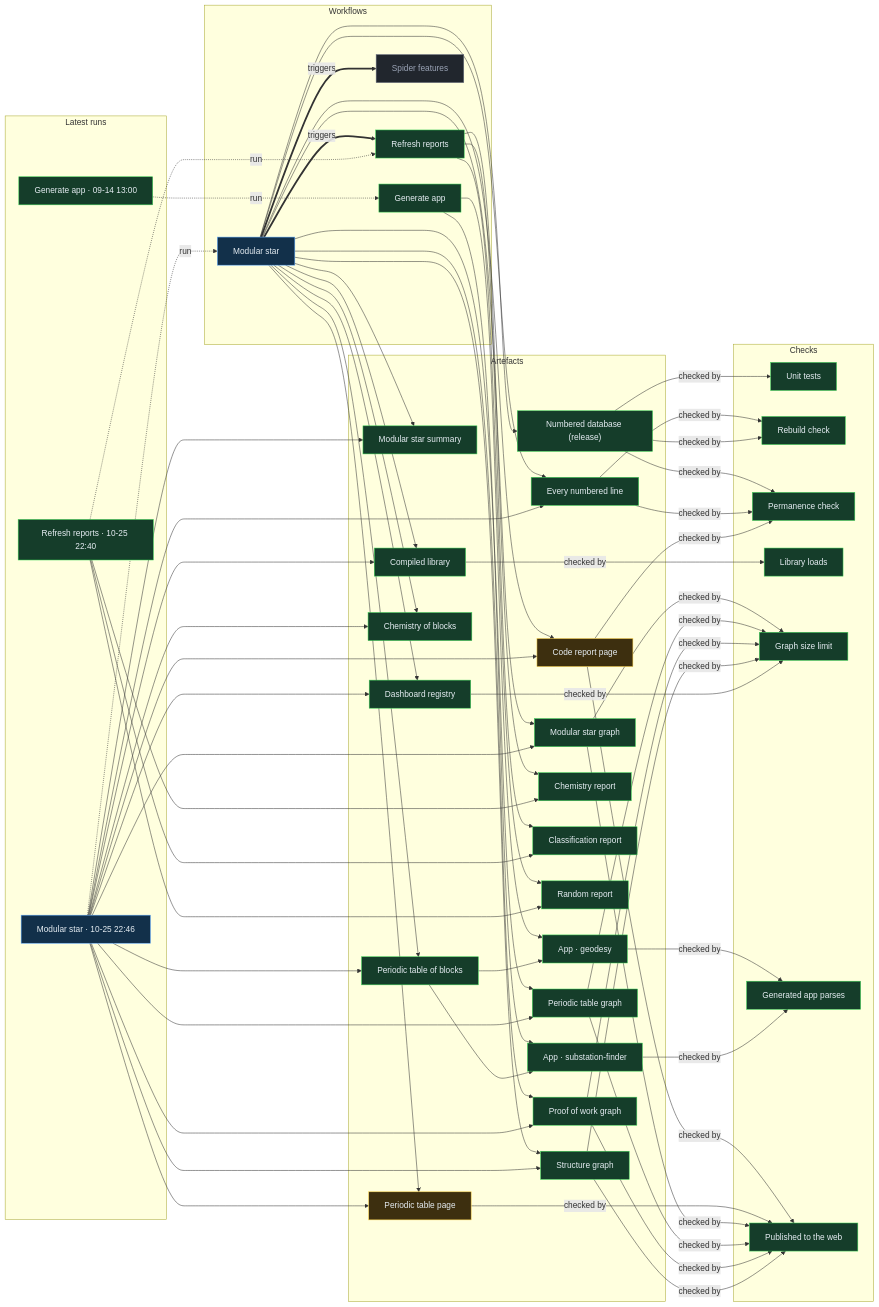
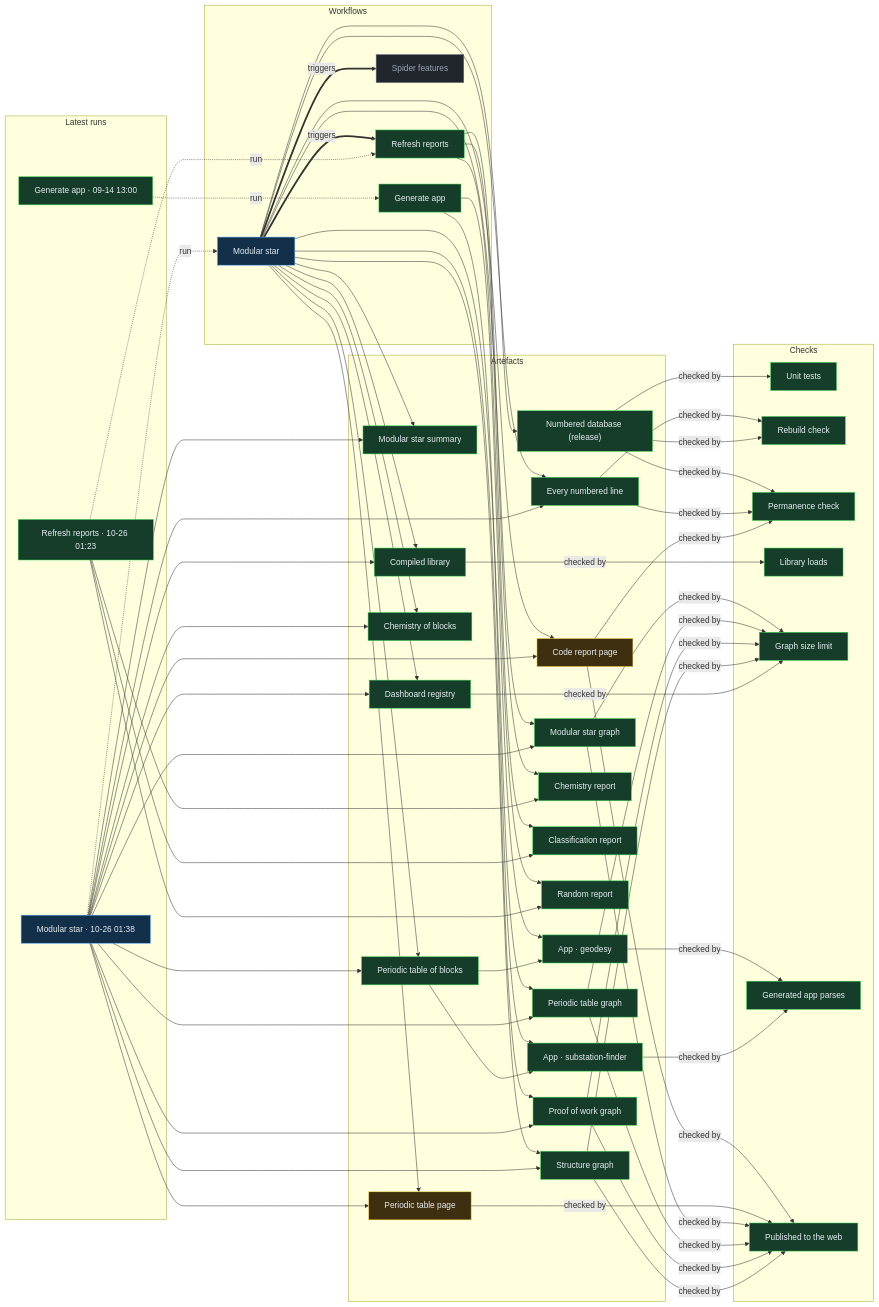
Before and after one commit to Ventusltd/stars: the diagram in proof/PROOF.md, drawn with Mermaid. The commit also changed other lines of this file and 35 other files, not shown here.

Commit message:
Modular star 2026-10-26T01:41Z

```diff
--- a/proof/PROOF.md
+++ b/proof/PROOF.md
@@ -24,8 +24,8 @@
   n_wf_spider_features["Spider features"]:::off
   end
   subgraph g_runs["Latest runs"]
-  n_run_40241782075["Modular star · 10-25 22:46"]:::live
-  n_run_40241276197["Refresh reports · 10-25 22:40"]:::ok
+  n_run_40255228762["Modular star · 10-26 01:38"]:::live
+  n_run_40253942328["Refresh reports · 10-26 01:23"]:::ok
   n_run_34846587798["Generate app · 09-14 13:00"]:::ok
   end
   subgraph g_artefacts["Artefacts"]
@@ -59,39 +59,39 @@
   end
   n_wf_modular_star == triggers ==> n_wf_refresh
   n_wf_modular_star == triggers ==> n_wf_spider_features
-  n_run_40241782075 -. run .-> n_wf_modular_star
-  n_run_40241276197 -. run .-> n_wf_refresh
+  n_run_40255228762 -. run .-> n_wf_modular_star
+  n_run_40253942328 -. run .-> n_wf_refresh
   n_run_34846587798 -. run .-> n_wf_generate
   n_wf_modular_star --> n_art_summary
-  n_run_40241782075 --> n_art_summary
+  n_run_40255228762 --> n_art_summary
   n_wf_modular_star --> n_art_lines
-  n_run_40241782075 --> n_art_lines
+  n_run_40255228762 --> n_art_lines
   n_wf_modular_star --> n_art_code
-  n_run_40241782075 --> n_art_code
+  n_run_40255228762 --> n_art_code
   n_wf_modular_star --> n_art_modular_graph
-  n_run_40241782075 --> n_art_modular_graph
+  n_run_40255228762 --> n_art_modular_graph
   n_wf_modular_star --> n_art_blocks
-  n_run_40241782075 --> n_art_blocks
+  n_run_40255228762 --> n_art_blocks
   n_wf_modular_star --> n_art_table
-  n_run_40241782075 --> n_art_table
+  n_run_40255228762 --> n_art_table
   n_wf_modular_star --> n_art_blocks_graph
-  n_run_40241782075 --> n_art_blocks_graph
+  n_run_40255228762 --> n_art_blocks_graph
   n_wf_modular_star --> n_art_reactions
-  n_run_40241782075 --> n_art_reactions
+  n_run_40255228762 --> n_art_reactions
   n_wf_modular_star --> n_art_library
-  n_run_40241782075 --> n_art_library
+  n_run_40255228762 --> n_art_library
   n_wf_modular_star --> n_art_features
-  n_run_40241782075 --> n_art_features
+  n_run_40255228762 --> n_art_features
   n_wf_modular_star --> n_art_proof
-  n_run_40241782075 --> n_art_proof
+  n_run_40255228762 --> n_art_proof
   n_wf_modular_star --> n_art_structure
-  n_run_40241782075 --> n_art_structure
+  n_run_40255228762 --> n_art_structure
   n_wf_refresh --> n_art_chemistry
-  n_run_40241276197 --> n_art_chemistry
+  n_run_40253942328 --> n_art_chemistry
   n_wf_refresh --> n_art_vedic
-  n_run_40241276197 --> n_art_vedic
+  n_run_40253942328 --> n_art_vedic
   n_wf_refresh --> n_art_random
-  n_run_40241276197 --> n_art_random
+  n_run_40253942328 --> n_art_random
   n_wf_modular_star --> n_art_release
   n_wf_generate --> n_app_geodesy
   n_art_blocks --> n_app_geodesy
```
